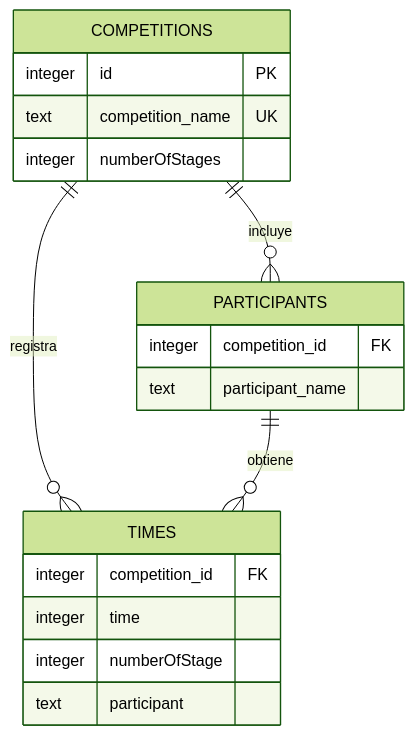
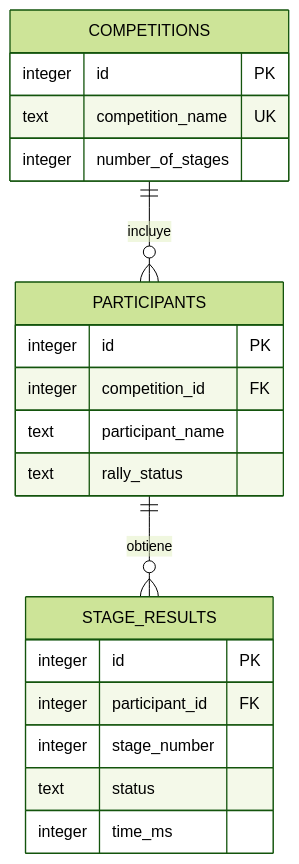
Before and after one commit to YagoFL24/RallyTimeTracker: the second of 2 diagrams in docs/ARQUITECTURA.md, drawn with Mermaid (forest theme). The commit also changed other lines of this file and 10 other files, not shown here.

````diff
--- a/docs/ARQUITECTURA.md
+++ b/docs/ARQUITECTURA.md
@@ -106,21 +111,23 @@
 ```mermaid
 erDiagram
     COMPETITIONS ||--o{ PARTICIPANTS : incluye
-    COMPETITIONS ||--o{ TIMES : registra
-    PARTICIPANTS ||--o{ TIMES : obtiene
+    PARTICIPANTS ||--o{ STAGE_RESULTS : obtiene
     COMPETITIONS {
         integer id PK
         text competition_name UK
-        integer numberOfStages
+        integer number_of_stages
     }
     PARTICIPANTS {
+        integer id PK
         integer competition_id FK
         text participant_name
+        text rally_status
     }
-    TIMES {
-        integer competition_id FK
-        integer time
-        integer numberOfStage
-        text participant
+    STAGE_RESULTS {
+        integer id PK
+        integer participant_id FK
+        integer stage_number
+        text status
+        integer time_ms
     }
 ```
````
